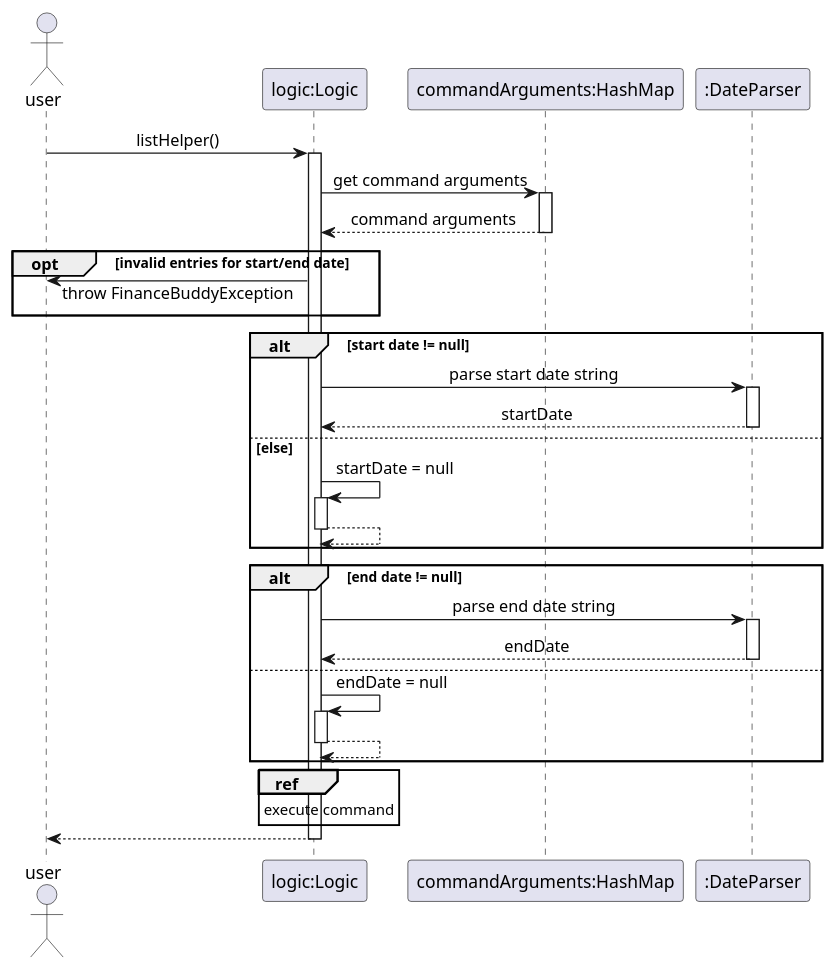
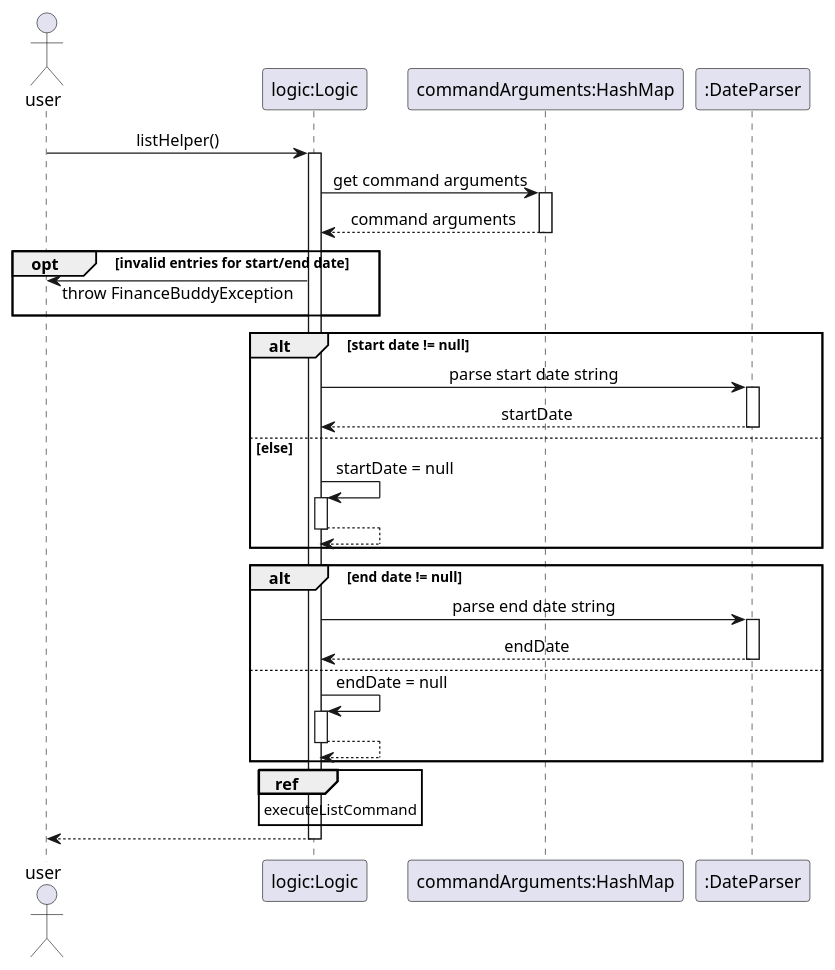
Before and after one commit to nus-cs2113-AY2425S1/tp: the first of 2 diagrams in docs/UML/SeeAllEntriesOverview.puml, drawn with PlantUML. The commit also changed other lines of this file and 5 other files, not shown here.

```diff
--- a/docs/UML/SeeAllEntriesOverview.puml
+++ b/docs/UML/SeeAllEntriesOverview.puml
@@ -1,45 +1,45 @@
 @startuml
 skinparam sequenceMessageAlign center
 skinparam responseMessageBelowArrow true
 
 actor user
 participant "logic:Logic" as app
 participant "commandArguments:HashMap" as map
 participant ":DateParser" as parser
 
 user -> app: listHelper()
 activate app
 ' Get values from HashMap
 app -> map : get command arguments
 activate map
 return command arguments
 
 ' Check for blank dates
 opt invalid entries for start/end date
     user <- app : throw FinanceBuddyException
 end
 
 ' Parse dates
 alt start date != null
     app -> parser : parse start date string
     activate parser
     return startDate
     else else
         app -> app : startDate = null
         activate app
         return
 end
 
 alt end date != null
     app -> parser : parse end date string
     activate parser
     return endDate
     else
         app -> app : endDate = null
         activate app
         return
 end
-ref over app : execute command
+ref over app : executeListCommand
 
 return
 @enduml
```
